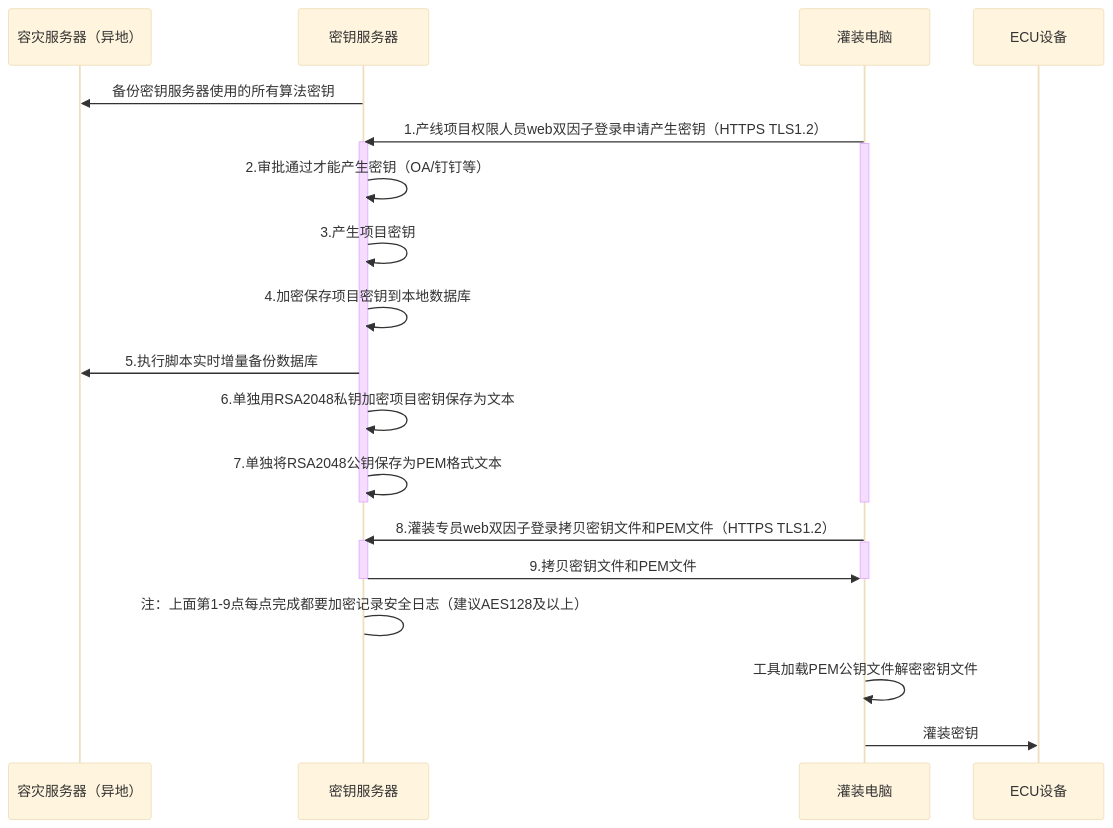
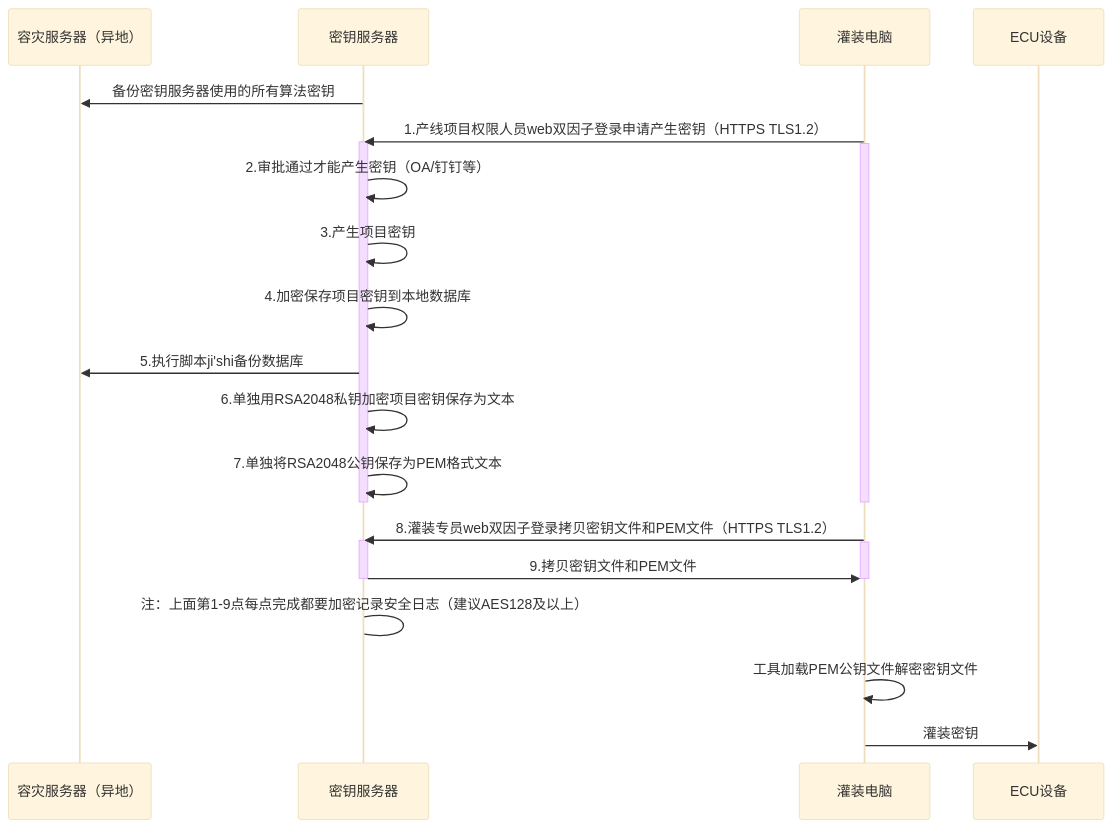
One commit to facebook-cloud/iodraw-files changed the diagram in all/未命名-15.md. Above: the diagram before and after it, drawn with Mermaid (base theme).

Commit message:
2026-02-12 16:19:38 update

````diff
--- a/all/未命名-15.md
+++ b/all/未命名-15.md
@@ -1,32 +1,32 @@
 ```mermaid
 sequenceDiagram
     participant A as 容灾服务器（异地）
     participant B as 密钥服务器
     participant D as 灌装电脑
     participant E as ECU设备
 
     B->>A: 备份密钥服务器使用的所有算法密钥
     D->>B: 1.产线项目权限人员web双因子登录申请产生密钥（HTTPS TLS1.2）
     activate B
     activate D
     B->>B: 2.审批通过才能产生密钥（OA/钉钉等）
     B->>B: 3.产生项目密钥
     B->>B: 4.加密保存项目密钥到本地数据库
-    B->>A: 5.执行脚本实时增量备份数据库
+    B->>A: 5.执行脚本ji'shi备份数据库
     B->>B: 6.单独用RSA2048私钥加密项目密钥保存为文本
     B->>B: 7.单独将RSA2048公钥保存为PEM格式文本
     deactivate B
     deactivate D
     
     D->>B: 8.灌装专员web双因子登录拷贝密钥文件和PEM文件（HTTPS TLS1.2）
     activate B
     activate D
     B->>D: 9.拷贝密钥文件和PEM文件
     deactivate B
     deactivate D
     B->B: 注：上面第1-9点每点完成都要加密记录安全日志（建议AES128及以上）
 
     D->>D:工具加载PEM公钥文件解密密钥文件
     
     D->>E: 灌装密钥
 ```
````
